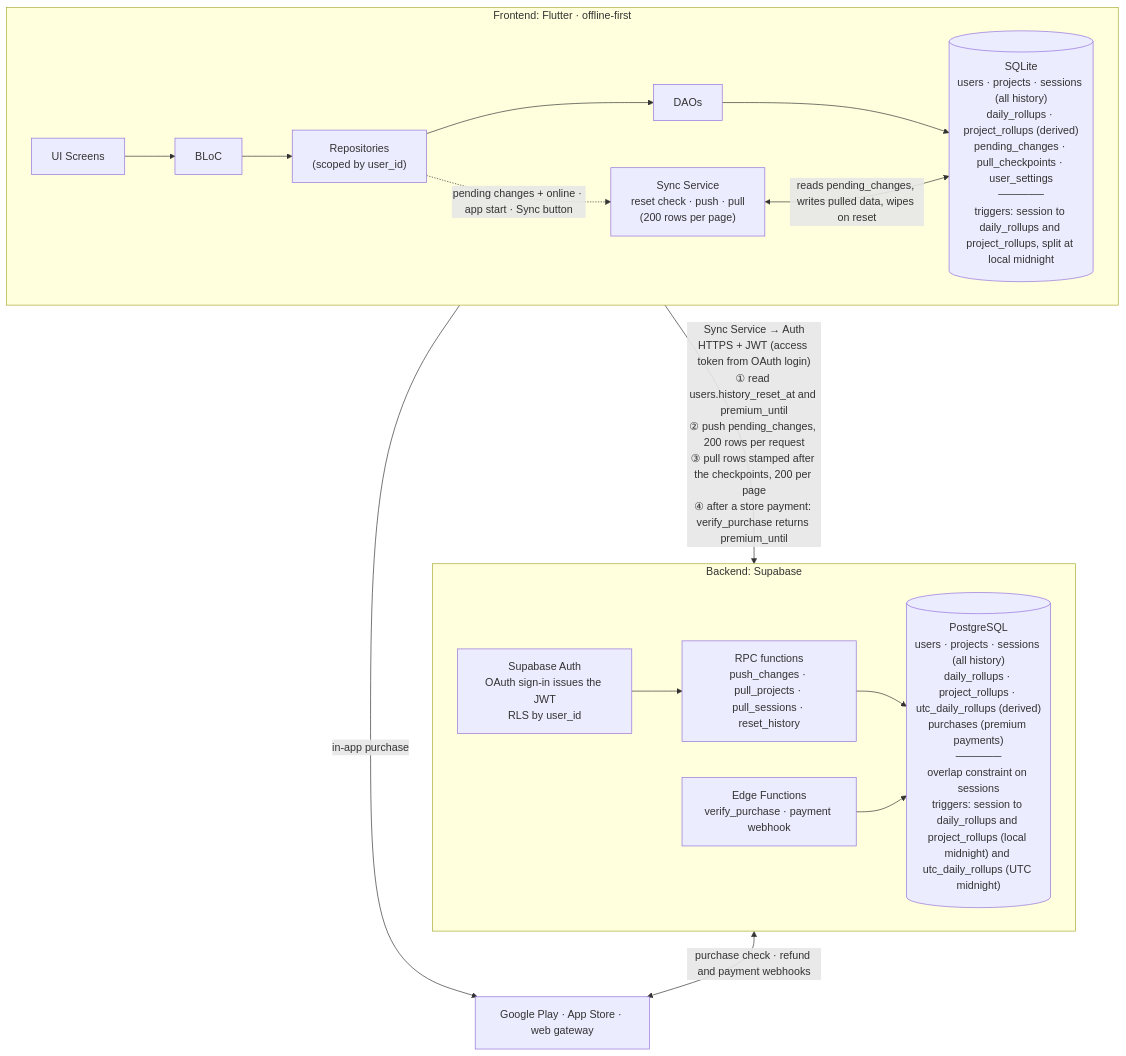
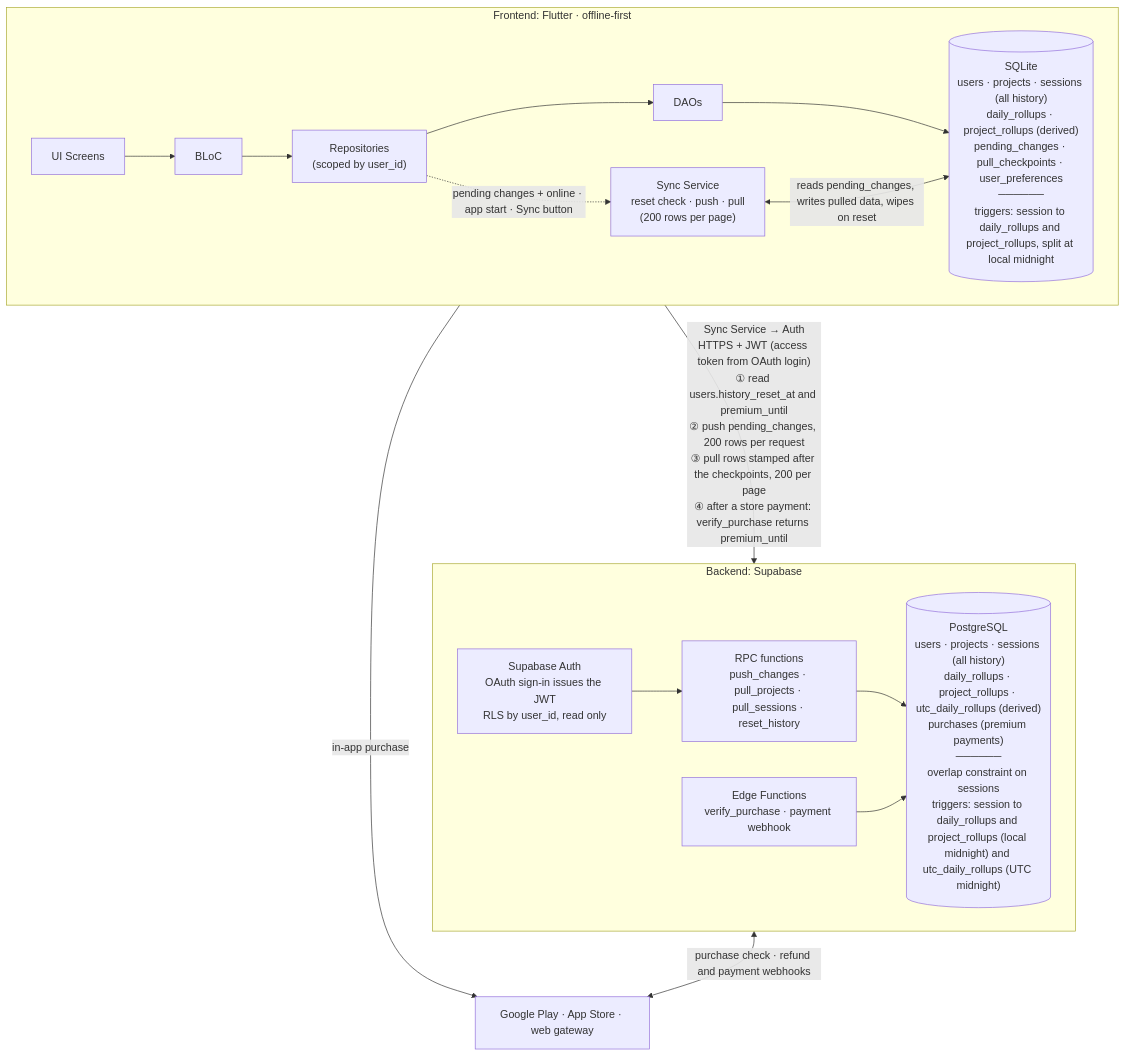
Before and after one commit to sardaar-niamotullah/tarkeez: the first of 3 diagrams in README.md, drawn with Mermaid. The commit also changed other lines of this file and 2 other files, not shown here.

````diff
--- a/README.md
+++ b/README.md
@@ -305,21 +307,21 @@
 ```mermaid
 flowchart TB
   subgraph APP["Frontend: Flutter · offline-first"]
     direction LR
-    UI["UI Screens"] --> BLOC["BLoC"] --> REPO["Repositories<br/>(scoped by user_id)"] --> DAO["DAOs"] --> LDB[("SQLite<br/>users · projects · sessions (all history)<br/>daily_rollups · project_rollups (derived)<br/>pending_changes · pull_checkpoints · user_settings<br/>──────<br/>triggers: session to daily_rollups and project_rollups, split at local midnight")]
+    UI["UI Screens"] --> BLOC["BLoC"] --> REPO["Repositories<br/>(scoped by user_id)"] --> DAO["DAOs"] --> LDB[("SQLite<br/>users · projects · sessions (all history)<br/>daily_rollups · project_rollups (derived)<br/>pending_changes · pull_checkpoints · user_preferences<br/>──────<br/>triggers: session to daily_rollups and project_rollups, split at local midnight")]
     REPO -.->|"pending changes + online · app start · Sync button"| SYNC["Sync Service<br/>reset check · push · pull<br/>(200 rows per page)"]
     SYNC <-->|"reads pending_changes, writes pulled data, wipes on reset"| LDB
   end
 
   subgraph CLOUD["Backend: Supabase"]
     direction LR
-    AUTH["Supabase Auth<br/>OAuth sign-in issues the JWT<br/>RLS by user_id"] --> RPC["RPC functions<br/>push_changes · pull_projects · pull_sessions · reset_history"] --> CDB[("PostgreSQL<br/>users · projects · sessions (all history)<br/>daily_rollups · project_rollups · utc_daily_rollups (derived)<br/>purchases (premium payments)<br/>──────<br/>overlap constraint on sessions<br/>triggers: session to daily_rollups and project_rollups (local midnight) and utc_daily_rollups (UTC midnight)")]
+    AUTH["Supabase Auth<br/>OAuth sign-in issues the JWT<br/>RLS by user_id, read only"] --> RPC["RPC functions<br/>push_changes · pull_projects · pull_sessions · reset_history"] --> CDB[("PostgreSQL<br/>users · projects · sessions (all history)<br/>daily_rollups · project_rollups · utc_daily_rollups (derived)<br/>purchases (premium payments)<br/>──────<br/>overlap constraint on sessions<br/>triggers: session to daily_rollups and project_rollups (local midnight) and utc_daily_rollups (UTC midnight)")]
     EDGE["Edge Functions<br/>verify_purchase · payment webhook"] --> CDB
   end
 
   STORES["Google Play · App Store · web gateway"]
 
   APP -->|"Sync Service → Auth<br/>HTTPS + JWT (access token from OAuth login)<br/>① read users.history_reset_at and premium_until<br/>② push pending_changes, 200 rows per request<br/>③ pull rows stamped after the checkpoints, 200 per page<br/>④ after a store payment: verify_purchase returns premium_until"| CLOUD
   APP -->|"in-app purchase"| STORES
   CLOUD <-->|"purchase check · refund and payment webhooks"| STORES
 ```
````
